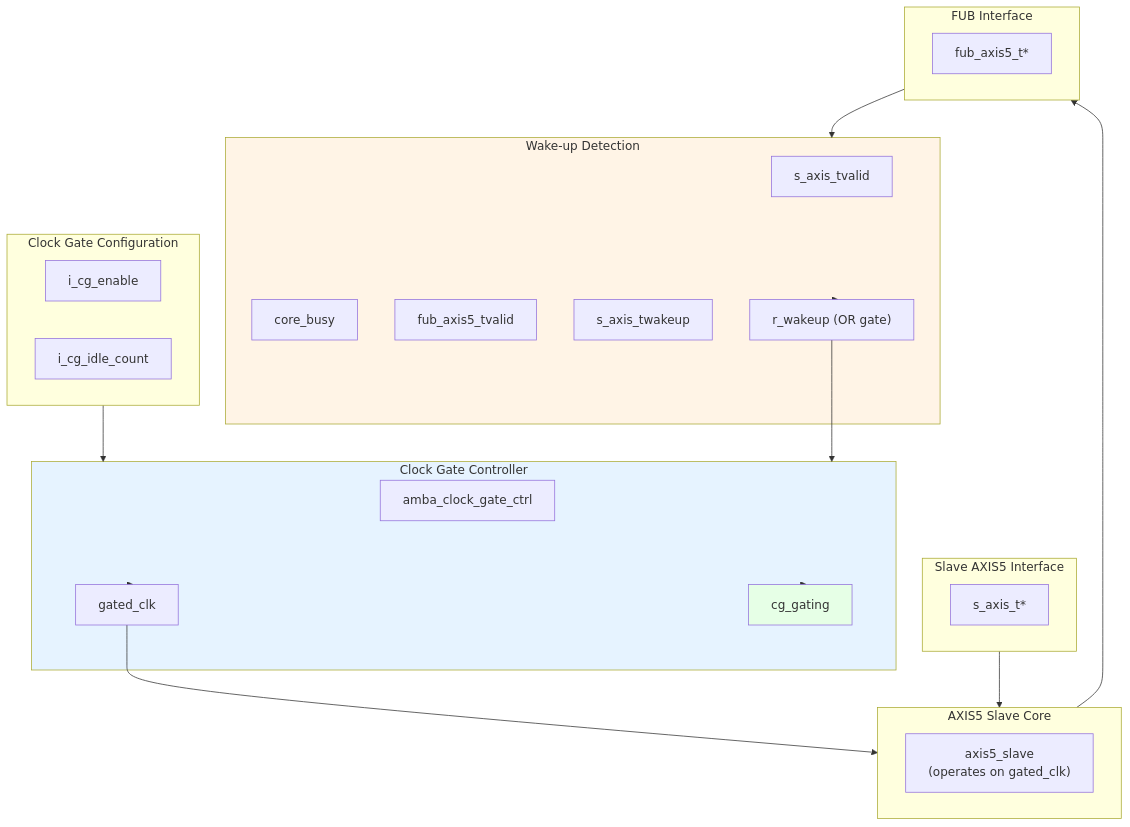
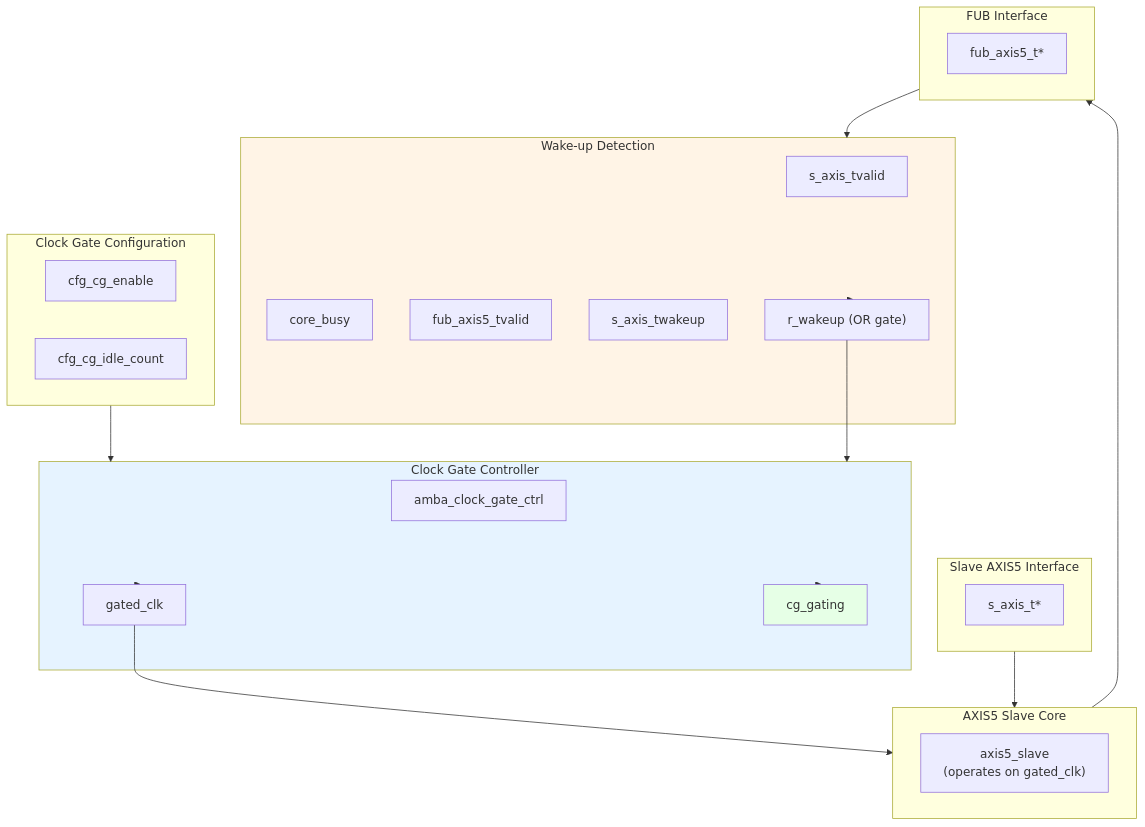
Before and after one commit to sean-galloway/RTLDesignSherpa: the diagram in docs/markdown/rtl-amba/axis5/axis5_slave_cg.md, drawn with Mermaid. The commit also changed other lines of this file and 14 other files, not shown here.

````diff
--- a/docs/markdown/rtl-amba/axis5/axis5_slave_cg.md
+++ b/docs/markdown/rtl-amba/axis5/axis5_slave_cg.md
@@ -150,47 +150,47 @@
 ```mermaid
 flowchart TB
     subgraph CONFIG["Clock Gate Configuration"]
-        cg_en["i_cg_enable"]
-        cg_cnt["i_cg_idle_count"]
+        cg_en["cfg_cg_enable"]
+        cg_cnt["cfg_cg_idle_count"]
     end
 
     subgraph WAKEUP["Wake-up Detection"]
         s_valid["s_axis_tvalid"]
         core_busy["core_busy"]
         fub_valid["fub_axis5_tvalid"]
         twakeup["s_axis_twakeup"]
         r_wakeup["r_wakeup (OR gate)"]
     end
 
     subgraph CG_CTRL["Clock Gate Controller"]
         ctrl["amba_clock_gate_ctrl"]
         gated_clk["gated_clk"]
         gating_status["cg_gating"]
     end
 
     subgraph CORE["AXIS5 Slave Core"]
         slave["axis5_slave<br/>(operates on gated_clk)"]
     end
 
     subgraph INPUT["Slave AXIS5 Interface"]
         s_in["s_axis_t*"]
     end
 
     subgraph OUTPUT["FUB Interface"]
         fub_out["fub_axis5_t*"]
     end
 
     CONFIG --> CG_CTRL
     WAKEUP --> r_wakeup
     r_wakeup --> CG_CTRL
     CG_CTRL --> gated_clk
     CG_CTRL --> gating_status
     gated_clk --> CORE
     INPUT --> CORE
     CORE --> OUTPUT
     OUTPUT --> WAKEUP
 
     style CG_CTRL fill:#e6f3ff
     style WAKEUP fill:#fff4e6
     style gating_status fill:#e6ffe6
 ```
````
